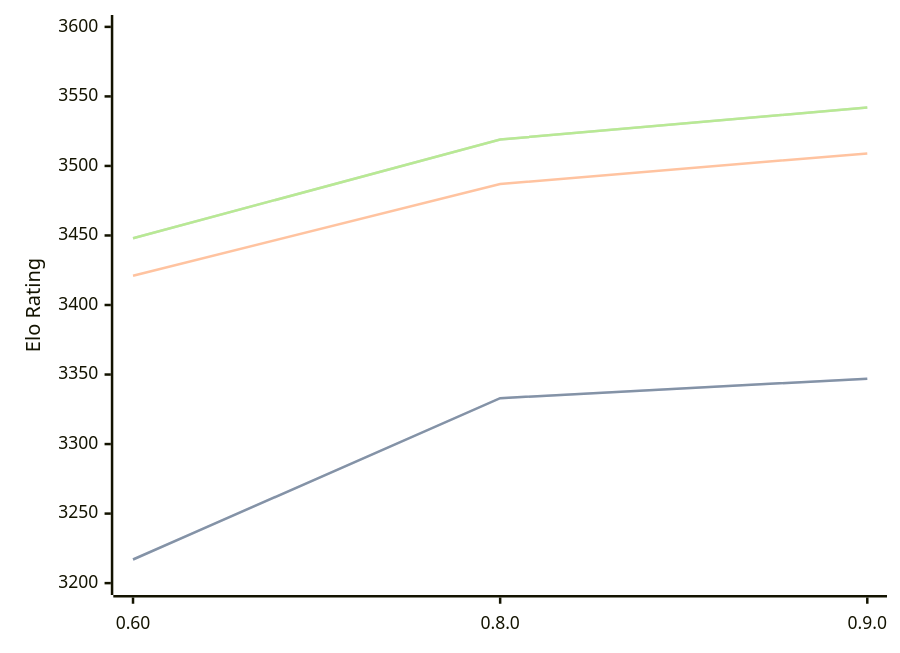
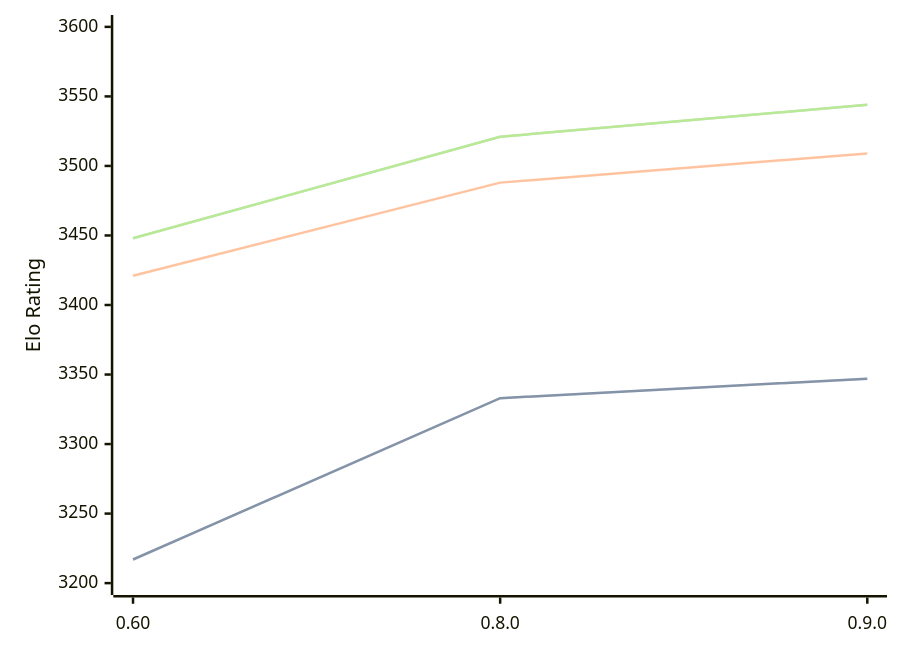
The diagram in engines/Motor.md (computer-chess-index/cci), drawn with Mermaid before and after one commit. The commit also changed other lines of this file, not shown here.

Commit message:
Update CCI Ratings (ELO VLTC) - 2026-09-27

````diff
--- a/engines/Motor.md
+++ b/engines/Motor.md
@@ -33,11 +33,11 @@
 ```mermaid
 %%{init: {"theme":"base","themeVariables":{"seriesColors:['#a3a3a3','#222221','#faa371']}}}%%
 xychart-beta
   x-axis ["0.60", "0.8.0", "0.9.0"]
   y-axis "Elo Rating" 3200 --> 3600
   line "" [3217, 3333, 3347]
   line "STC (8.0+0.08s)" [3217, 3333, 3347]
-  line "LTC (60.0+0.60s)" [3421, 3487, 3509]
-  line "" [3448, 3519, 3542]
-  line "VLTC (2m24s+1.12s)" [3448, 3519, 3542]
+  line "LTC (60.0+0.60s)" [3421, 3488, 3509]
+  line "" [3448, 3521, 3544]
+  line "VLTC (2m24s+1.12s)" [3448, 3521, 3544]
 ```
````
